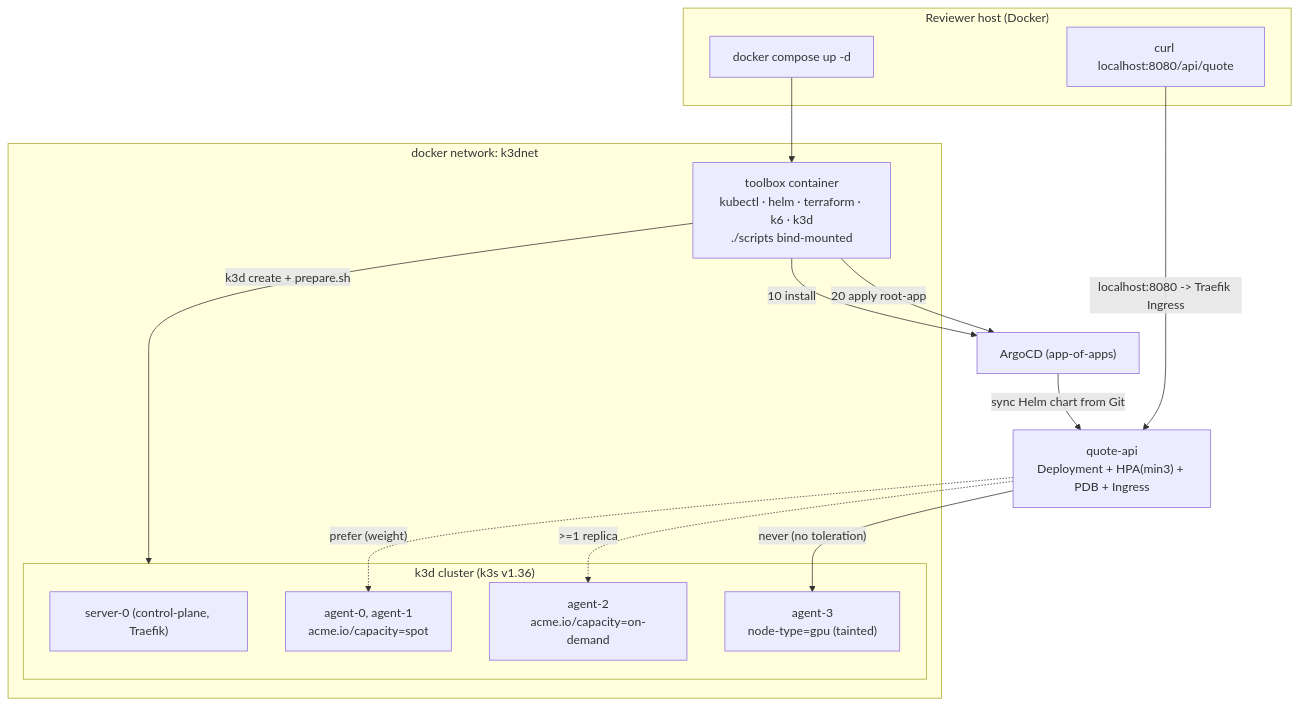
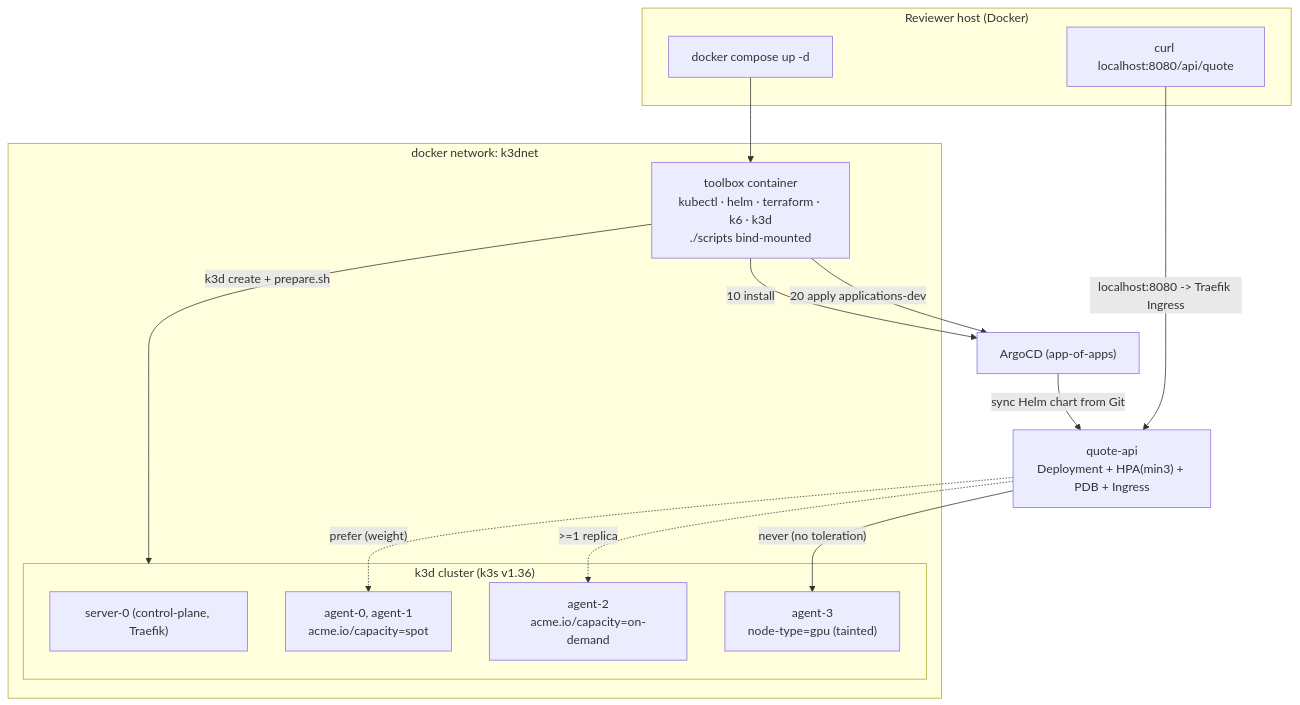
Before and after one commit to tan-demo/demo-devops: the first of 2 diagrams in README.md, drawn with Mermaid. The commit also changed other lines of this file and 6 other files, not shown here.

First line of the commit message:
refactor(argocd): rename root app-of-apps to applications-dev (per-env layout)

````diff
--- a/README.md
+++ b/README.md
@@ -29,30 +29,30 @@
 ```mermaid
 flowchart TB
     subgraph host["Reviewer host (Docker)"]
         compose["docker compose up -d"]
         curl["curl localhost:8080/api/quote"]
     end
 
     subgraph net["docker network: k3dnet"]
         toolbox["toolbox container<br/>kubectl · helm · terraform · k6 · k3d<br/>./scripts bind-mounted"]
         subgraph cluster["k3d cluster (k3s v1.36)"]
             server["server-0 (control-plane, Traefik)"]
             spot["agent-0, agent-1<br/>acme.io/capacity=spot"]
             od["agent-2<br/>acme.io/capacity=on-demand"]
             gpu["agent-3<br/>node-type=gpu (tainted)"]
         end
     end
 
     argocd["ArgoCD (app-of-apps)"]
     app["quote-api<br/>Deployment + HPA(min3) + PDB + Ingress"]
 
     compose --> toolbox
     toolbox -->|"k3d create + prepare.sh"| cluster
     toolbox -->|"10 install"| argocd
-    toolbox -->|"20 apply root-app"| argocd
+    toolbox -->|"20 apply applications-dev"| argocd
     argocd -->|"sync Helm chart from Git"| app
     app -.->|"prefer (weight)"| spot
     app -.->|">=1 replica"| od
     app -->|"never (no toleration)"| gpu
     curl -->|"localhost:8080 -> Traefik Ingress"| app
 ```
````
